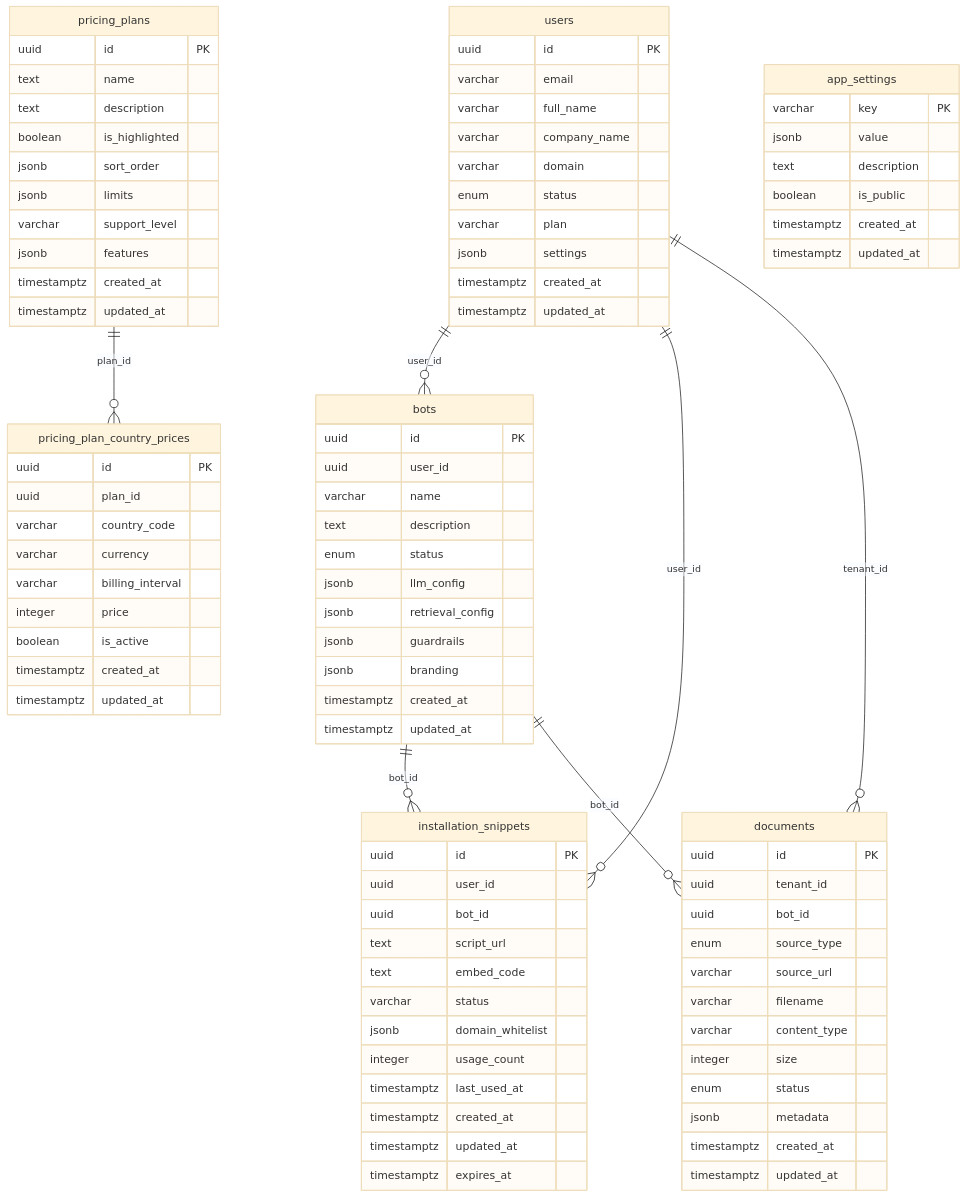
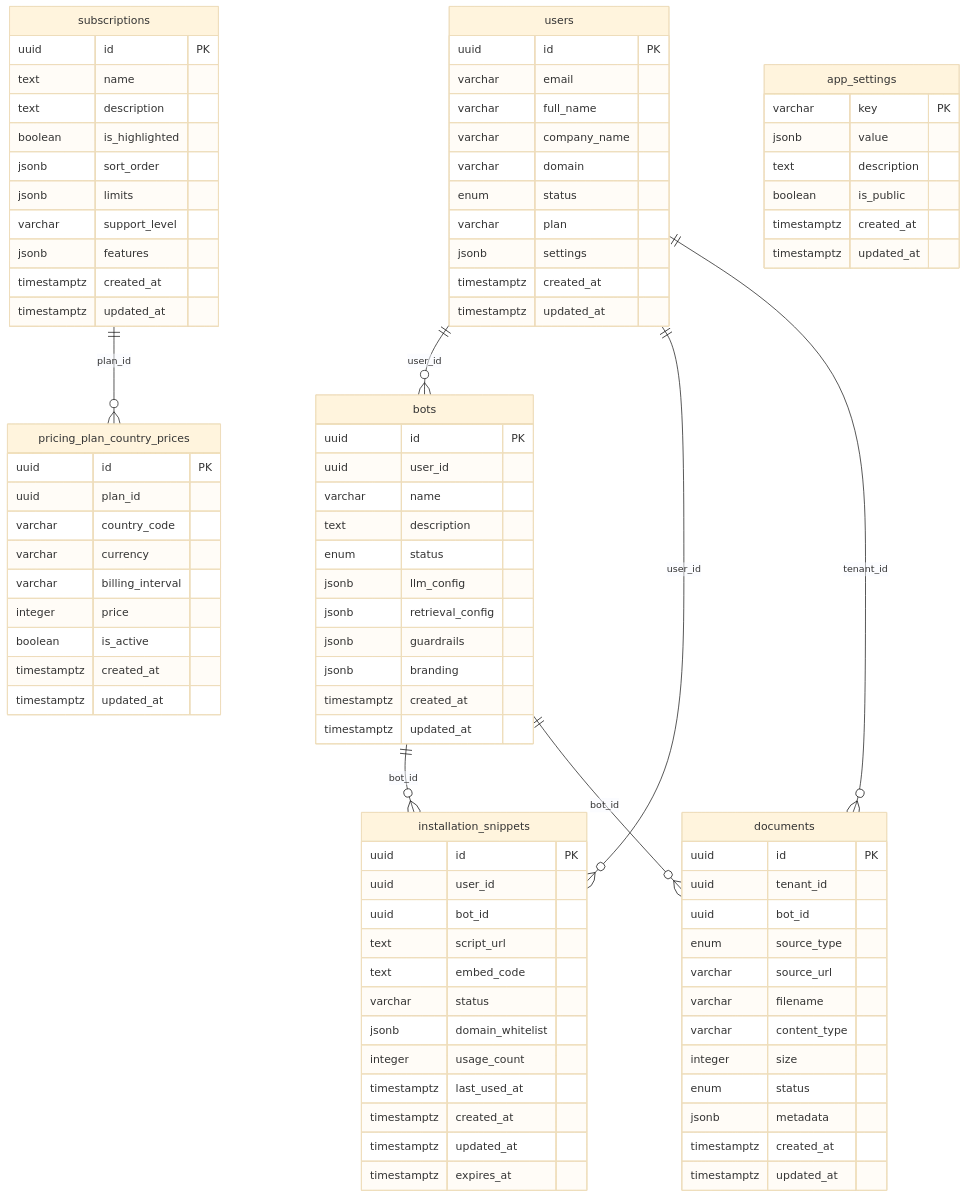
One commit to Jathin04Jan/Multi-Tenant-SaaS-Chatbot-Platform changed the diagram in backend/docs/SCHEMA_DIAGRAM.md. Above: the diagram before and after it, drawn with Mermaid (base theme). The commit also changed other lines of this file and 10 other files, not shown here.

Commit message:
renamed pricing_plan table to subscription

```diff
--- a/backend/docs/SCHEMA_DIAGRAM.md
+++ b/backend/docs/SCHEMA_DIAGRAM.md
@@ -13,7 +13,7 @@
     bots ||--o{ installation_snippets : bot_id
     bots ||--o{ documents : bot_id
 
-    pricing_plans ||--o{ pricing_plan_country_prices : plan_id
+    subscriptions ||--o{ pricing_plan_country_prices : plan_id
 
     users {
         uuid id PK
@@ -72,7 +72,7 @@
         timestamptz updated_at
     }
 
-    pricing_plans {
+    subscriptions {
         uuid id PK
         text name
         text description
```
